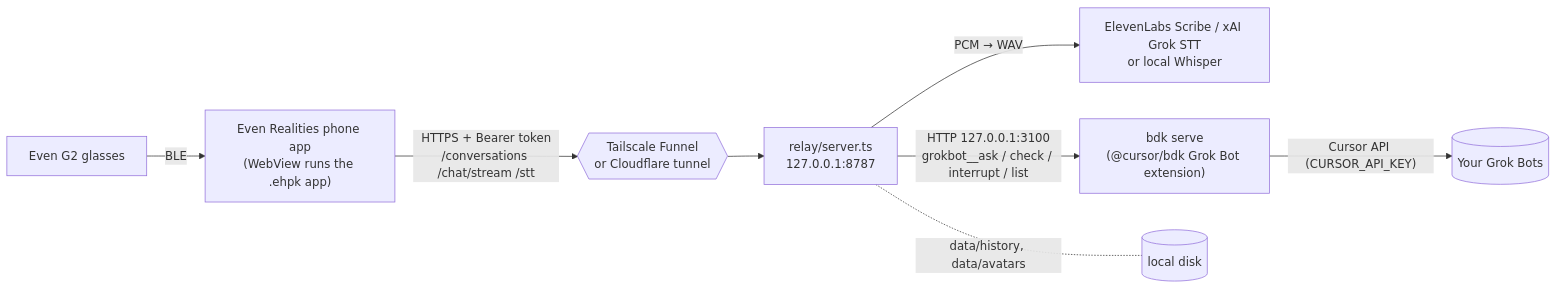
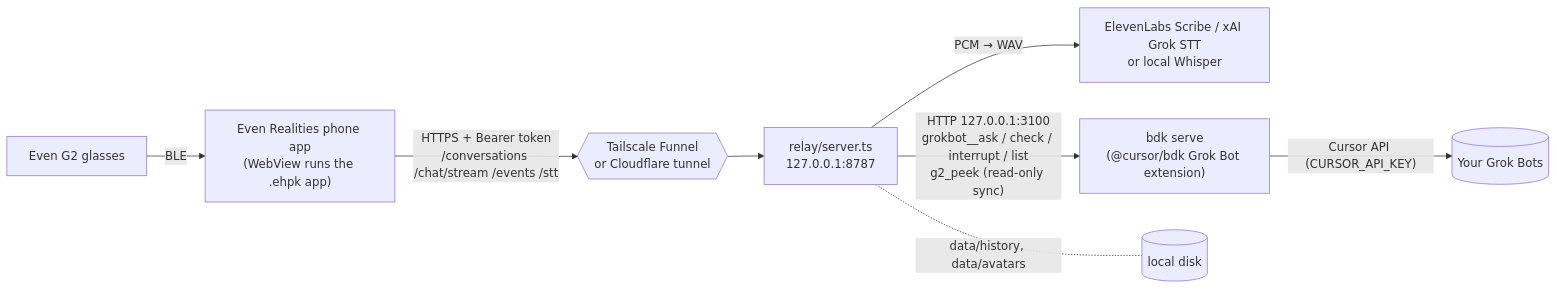
Before and after one commit to SergioAppen/grokbot-g2: the diagram in README.md, drawn with Mermaid. The commit also changed other lines of this file and 20 other files, not shown here.

````diff
--- a/README.md
+++ b/README.md
@@ -63,10 +72,10 @@
 ```mermaid
 flowchart LR
   G[Even G2 glasses] -- BLE --> P["Even Realities phone app<br/>(WebView runs the .ehpk app)"]
-  P -- "HTTPS + Bearer token<br/>/conversations /chat/stream /stt" --> T{{"Tailscale Funnel<br/>or Cloudflare tunnel"}}
+  P -- "HTTPS + Bearer token<br/>/conversations /chat/stream /events /stt" --> T{{"Tailscale Funnel<br/>or Cloudflare tunnel"}}
   T --> R["relay/server.ts<br/>127.0.0.1:8787"]
   R -- "PCM → WAV" --> S["ElevenLabs Scribe / xAI Grok STT<br/>or local Whisper"]
-  R -- "HTTP 127.0.0.1:3100<br/>grokbot__ask / check / interrupt / list" --> B["bdk serve<br/>(@cursor/bdk Grok Bot extension)"]
+  R -- "HTTP 127.0.0.1:3100<br/>grokbot__ask / check / interrupt / list<br/>g2_peek (read-only sync)" --> B["bdk serve<br/>(@cursor/bdk Grok Bot extension)"]
   B -- "Cursor API (CURSOR_API_KEY)" --> GB[(Your Grok Bots)]
   R -. "data/history, data/avatars" .- D[(local disk)]
 ```
````
